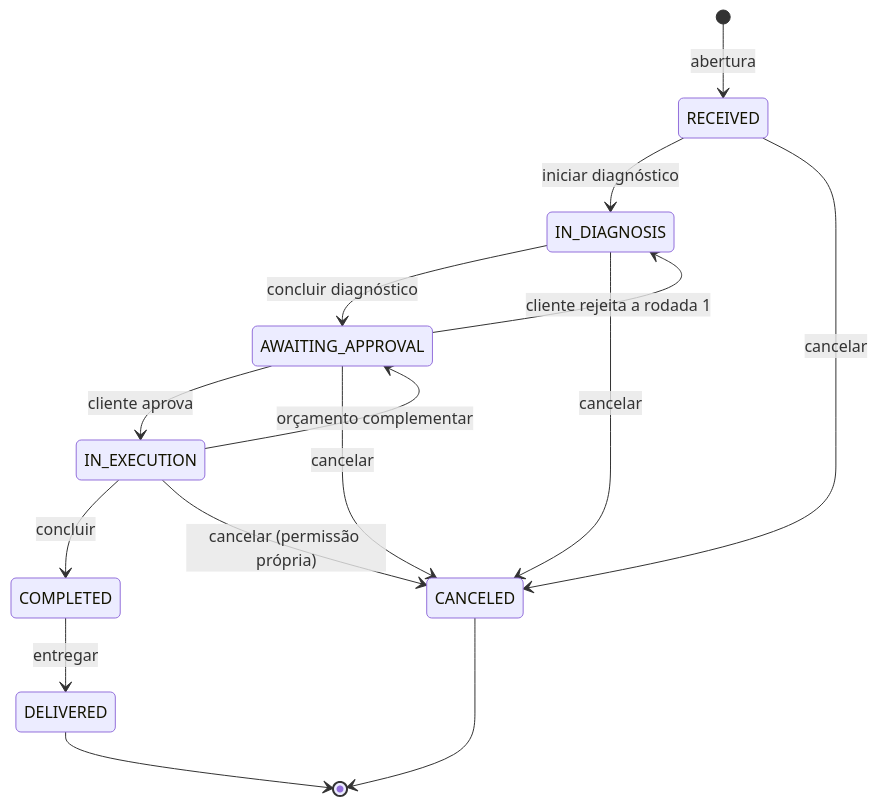
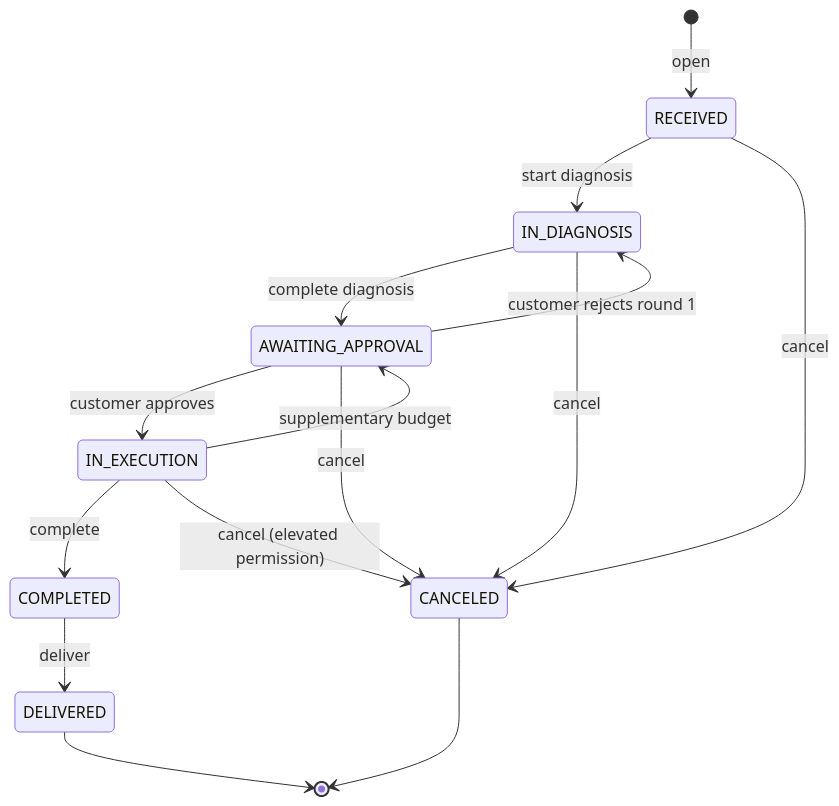
One commit to kewincosta/tech-challenge-fiap changed the first of 2 diagrams in README.md. Above: the diagram before and after it, drawn with Mermaid. The commit also changed other lines of this file and 20 other files, not shown here.

````diff
--- a/README.md
+++ b/README.md
@@ -128,17 +108,17 @@
 ```mermaid
 stateDiagram-v2
-    [*] --> RECEIVED: abertura
-    RECEIVED --> IN_DIAGNOSIS: iniciar diagnóstico
-    IN_DIAGNOSIS --> AWAITING_APPROVAL: concluir diagnóstico
-    AWAITING_APPROVAL --> IN_EXECUTION: cliente aprova
-    AWAITING_APPROVAL --> IN_DIAGNOSIS: cliente rejeita a rodada 1
-    IN_EXECUTION --> AWAITING_APPROVAL: orçamento complementar
-    IN_EXECUTION --> COMPLETED: concluir
-    COMPLETED --> DELIVERED: entregar
+    [*] --> RECEIVED: open
+    RECEIVED --> IN_DIAGNOSIS: start diagnosis
+    IN_DIAGNOSIS --> AWAITING_APPROVAL: complete diagnosis
+    AWAITING_APPROVAL --> IN_EXECUTION: customer approves
+    AWAITING_APPROVAL --> IN_DIAGNOSIS: customer rejects round 1
+    IN_EXECUTION --> AWAITING_APPROVAL: supplementary budget
+    IN_EXECUTION --> COMPLETED: complete
+    COMPLETED --> DELIVERED: deliver
     DELIVERED --> [*]
-    RECEIVED --> CANCELED: cancelar
-    IN_DIAGNOSIS --> CANCELED: cancelar
-    AWAITING_APPROVAL --> CANCELED: cancelar
-    IN_EXECUTION --> CANCELED: cancelar (permissão própria)
+    RECEIVED --> CANCELED: cancel
+    IN_DIAGNOSIS --> CANCELED: cancel
+    AWAITING_APPROVAL --> CANCELED: cancel
+    IN_EXECUTION --> CANCELED: cancel (elevated permission)
     CANCELED --> [*]
 ```
````
